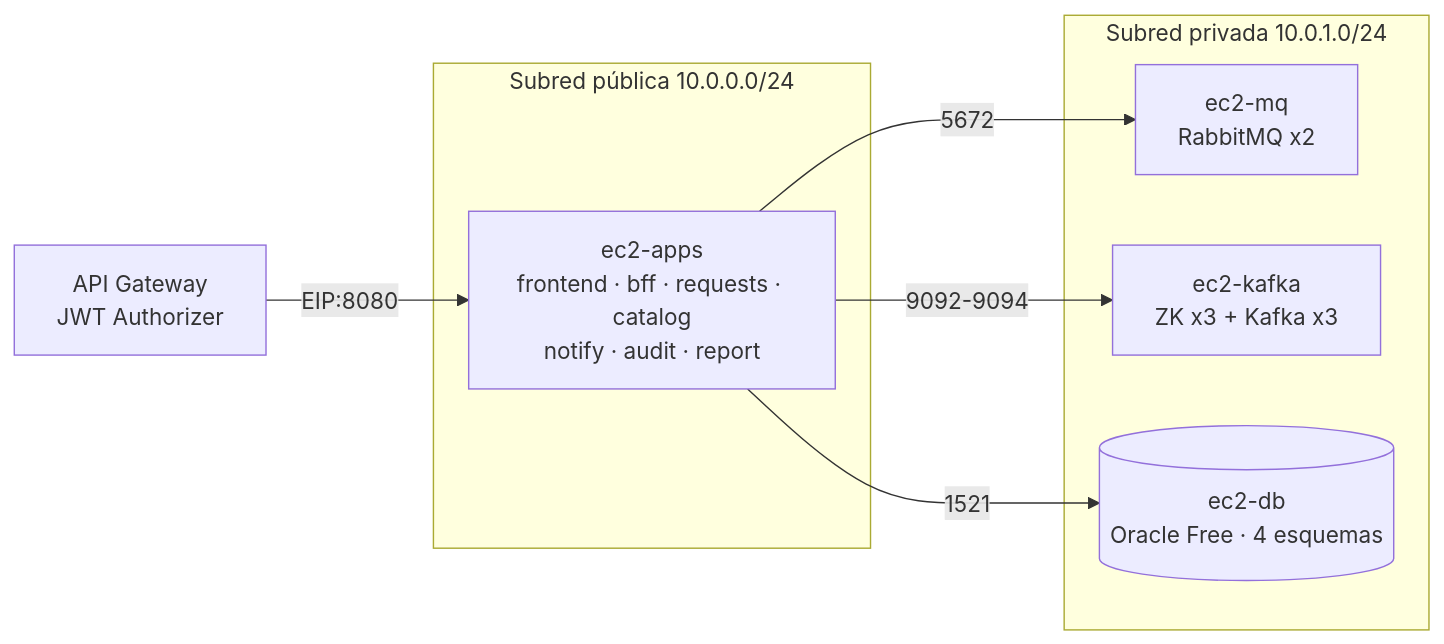
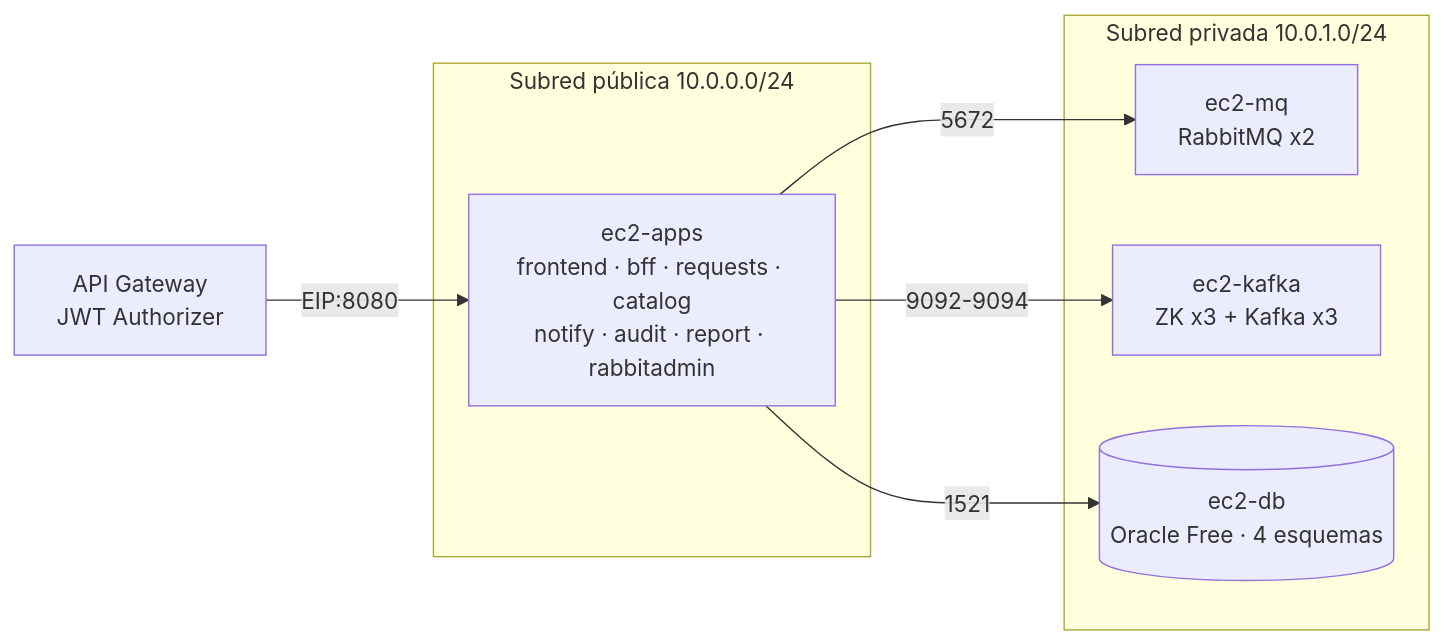
The third of 3 diagrams in arquitectura.md (PhamNukz/barriodigital-docs), drawn with Mermaid before and after one commit. The commit also changed other lines of this file and 9 other files, not shown here.

````diff
--- a/arquitectura.md
+++ b/arquitectura.md
@@ -57,15 +75,15 @@
 ```mermaid
 flowchart LR
     GW[API Gateway<br/>JWT Authorizer] -->|EIP:8080| APPS
     subgraph PUB[Subred pública 10.0.0.0/24]
-        APPS[ec2-apps<br/>frontend · bff · requests · catalog<br/>notify · audit · report]
+        APPS[ec2-apps<br/>frontend · bff · requests · catalog<br/>notify · audit · report · rabbitadmin]
     end
     subgraph PRIV[Subred privada 10.0.1.0/24]
         MQ[ec2-mq<br/>RabbitMQ x2]
         KAFKA[ec2-kafka<br/>ZK x3 + Kafka x3]
         DB[(ec2-db<br/>Oracle Free · 4 esquemas)]
     end
     APPS -->|5672| MQ
     APPS -->|9092-9094| KAFKA
     APPS -->|1521| DB
 ```
````
